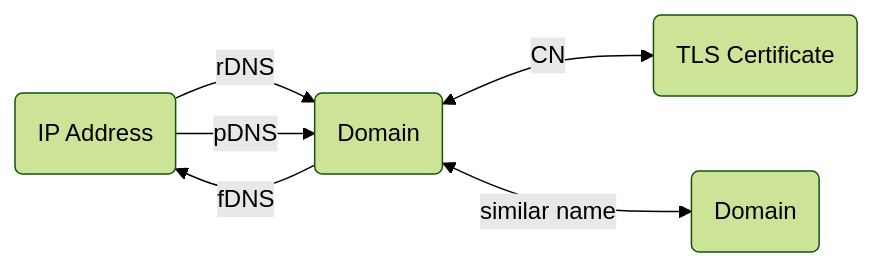
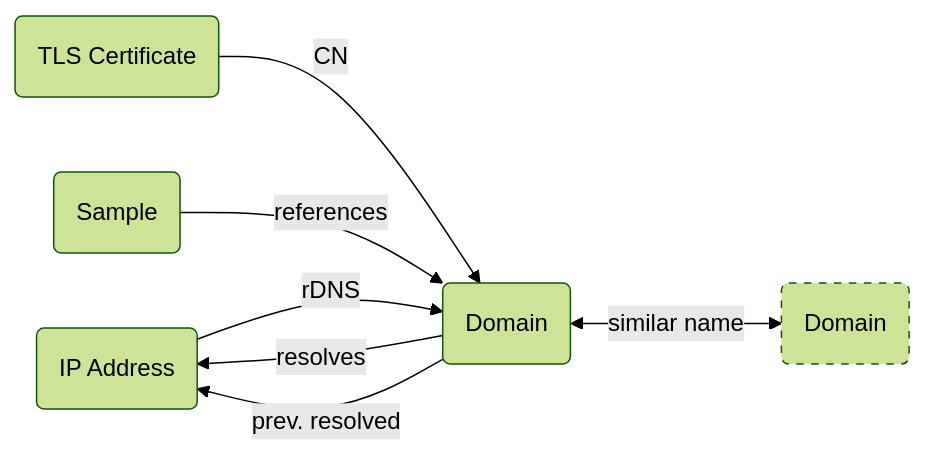
One commit to korniko98/pivot-atlas changed the diagram in docs/artifacts/domain.md. Above: the diagram before and after it, drawn with Mermaid (forest theme). The commit also changed other lines of this file and 7 other files, not shown here.

````diff
--- a/docs/artifacts/domain.md
+++ b/docs/artifacts/domain.md
@@ -35,11 +31,19 @@
 	```mermaid
 	flowchart LR
-		IP_ADDRESS("IP Address") -- rDNS --> DOMAIN("Domain")
-		IP_ADDRESS -- pDNS --> DOMAIN
-		DOMAIN -- fDNS --> IP_ADDRESS
-		DOMAIN <-- CN --> TLS_CERT("TLS Certificate")
-		DOMAIN <-- similar name --> DOMAIN_("Domain")
-		click DOMAIN_ "#domains"
-		click TLS_CERT "#tls-certificates"
-		click IP_ADDRESS "#ip-addresses"
+		classDef secondary stroke-dasharray: 5 5
+		
+		%% define nodes
+		IP_ADDRESS(IP Address)
+		DOMAIN(Domain)
+		DOMAIN_(Domain):::secondary
+		TLS_CERT(TLS Certificate)
+		SAMPLE(Sample)
+		
+		%% define edges
+		DOMAIN -- resolves --> IP_ADDRESS
+		IP_ADDRESS -- rDNS --> DOMAIN
+		DOMAIN -- prev. resolved --> IP_ADDRESS
+		TLS_CERT -- CN --> DOMAIN
+		DOMAIN <-- similar name --> DOMAIN_
+		SAMPLE -- references --> DOMAIN
 	```
````
